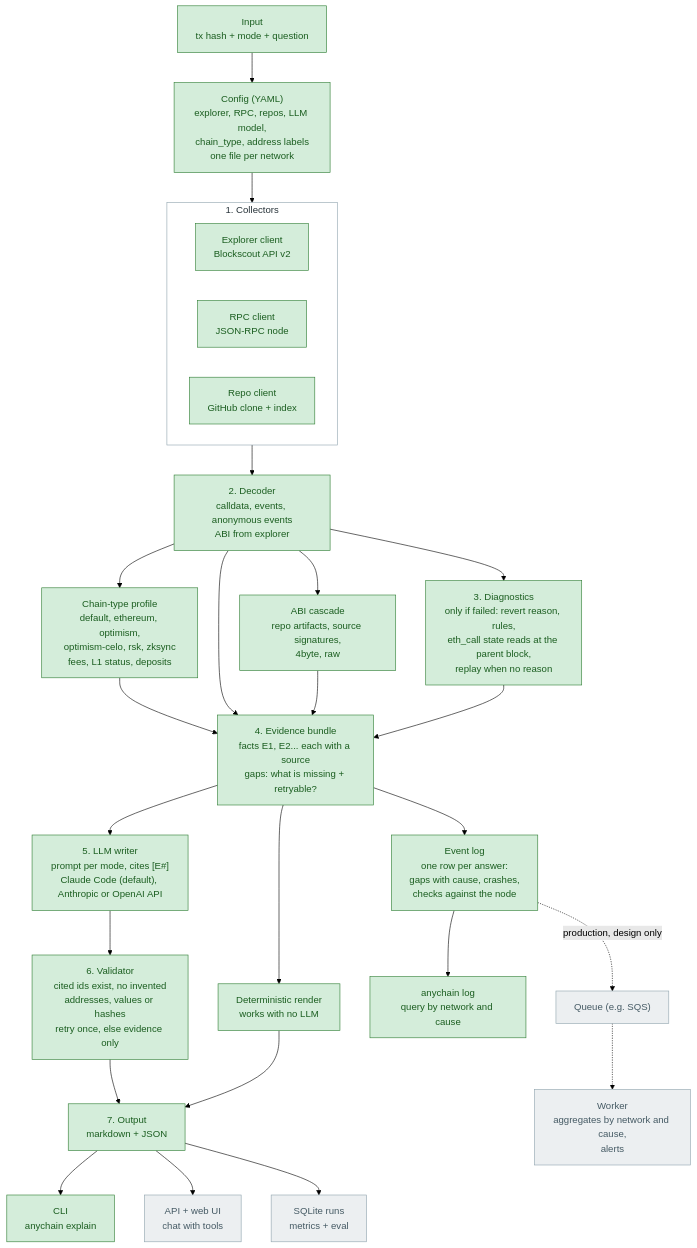
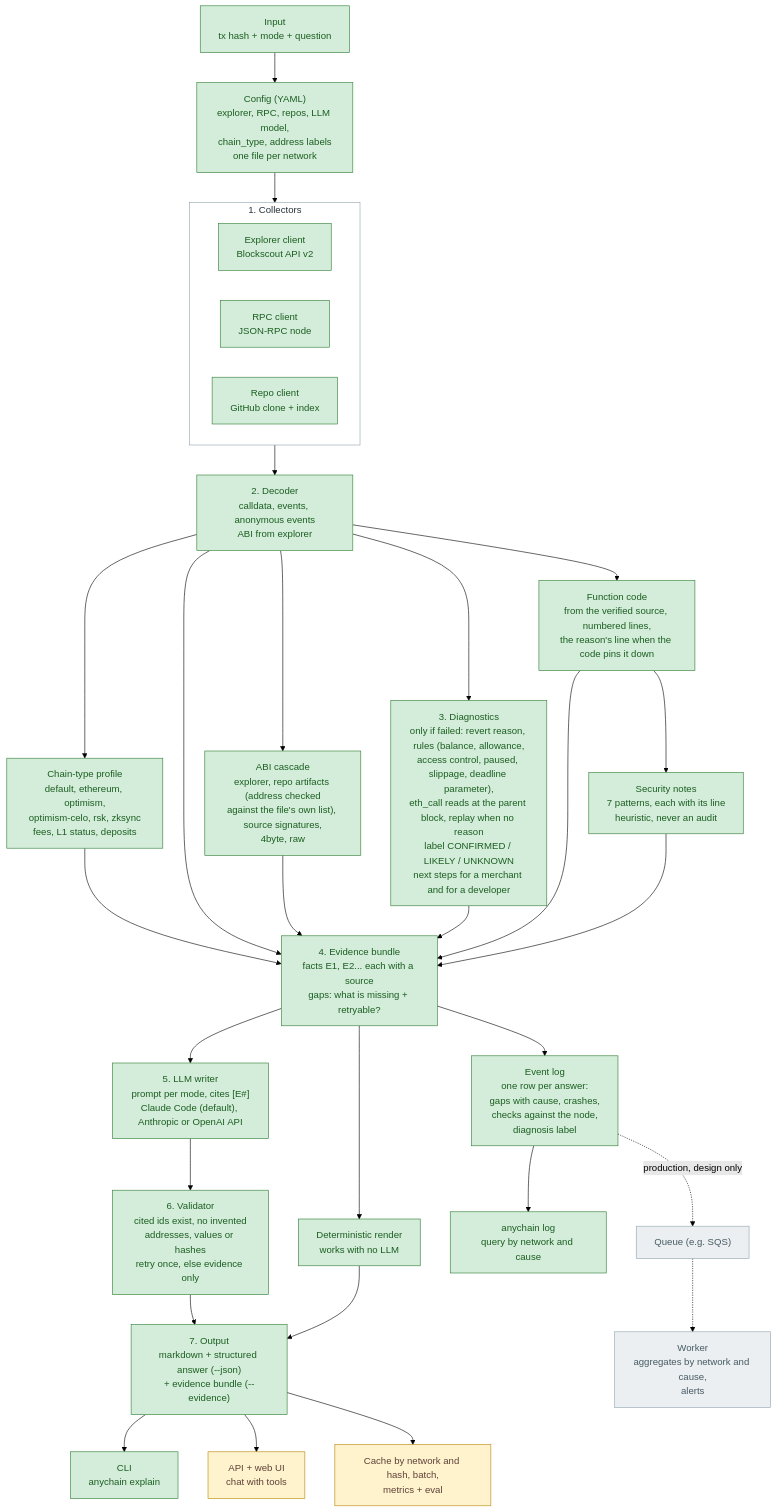
One commit to Ebaoj/anychain changed the first of 5 diagrams in docs/ARCHITECTURE.md. Above: the diagram before and after it, drawn with Mermaid (forest theme). The commit also changed other lines of this file and 3 other files, not shown here.

Commit message:
PHASE2_5 T7: architecture docs, Phase 3 spec built on Phase 2.5, spec closed

````diff
--- a/docs/ARCHITECTURE.md
+++ b/docs/ARCHITECTURE.md
@@ -20,45 +20,50 @@
 ```mermaid
 flowchart TD
     IN["Input<br/>tx hash + mode + question"] --> CFG
 
     CFG["Config (YAML)<br/>explorer, RPC, repos, LLM model,<br/>chain_type, address labels<br/>one file per network"]
 
     CFG --> COL
     subgraph COL["1. Collectors"]
         EXP["Explorer client<br/>Blockscout API v2"]
         RPC["RPC client<br/>JSON-RPC node"]
         REPO["Repo client<br/>GitHub clone + index"]
     end
 
     COL --> DEC["2. Decoder<br/>calldata, events, anonymous events<br/>ABI from explorer"]
     DEC --> PRO["Chain-type profile<br/>default, ethereum, optimism,<br/>optimism-celo, rsk, zksync<br/>fees, L1 status, deposits"]
     PRO --> BUN
-    DEC --> CAS["ABI cascade<br/>repo artifacts, source signatures,<br/>4byte, raw"]
-    DEC --> DIAG["3. Diagnostics<br/>only if failed: revert reason, rules,<br/>eth_call state reads at the parent block,<br/>replay when no reason"]
+    DEC --> CAS["ABI cascade<br/>explorer, repo artifacts (address checked<br/>against the file's own list), source signatures,<br/>4byte, raw"]
+    DEC --> DIAG["3. Diagnostics<br/>only if failed: revert reason, rules (balance, allowance,<br/>access control, paused, slippage, deadline parameter),<br/>eth_call reads at the parent block, replay when no reason<br/>label CONFIRMED / LIKELY / UNKNOWN<br/>next steps for a merchant and for a developer"]
+    DEC --> CODE["Function code<br/>from the verified source, numbered lines,<br/>the reason's line when the code pins it down"]
+    CODE --> SEC["Security notes<br/>7 patterns, each with its line<br/>heuristic, never an audit"]
     DEC --> BUN
     CAS --> BUN
     DIAG --> BUN
+    CODE --> BUN
+    SEC --> BUN
 
     BUN["4. Evidence bundle<br/>facts E1, E2... each with a source<br/>gaps: what is missing + retryable?"]
     BUN --> WRI["5. LLM writer<br/>prompt per mode, cites [E#]<br/>Claude Code (default), Anthropic or OpenAI API"]
     BUN --> REN["Deterministic render<br/>works with no LLM"]
     WRI --> VAL["6. Validator<br/>cited ids exist, no invented<br/>addresses, values or hashes<br/>retry once, else evidence only"]
     VAL --> OUT
     REN --> OUT
 
-    OUT["7. Output<br/>markdown + JSON"] --> CLI["CLI<br/>anychain explain"]
+    OUT["7. Output<br/>markdown + structured answer (--json)<br/>+ evidence bundle (--evidence)"] --> CLI["CLI<br/>anychain explain"]
     OUT --> API["API + web UI<br/>chat with tools"]
-    OUT --> DB["SQLite runs<br/>metrics + eval"]
-    BUN --> LOG["Event log<br/>one row per answer:<br/>gaps with cause, crashes,<br/>checks against the node"]
+    OUT --> DB["Cache by network and hash, batch,<br/>metrics + eval"]
+    BUN --> LOG["Event log<br/>one row per answer:<br/>gaps with cause, crashes,<br/>checks against the node,<br/>diagnosis label"]
     LOG --> QRY["anychain log<br/>query by network and cause"]
     LOG -.production, design only.-> FILA["Queue (e.g. SQS)"]
     FILA -.-> WRK["Worker<br/>aggregates by network and cause,<br/>alerts"]
 
     classDef done fill:#d4edda,stroke:#2e7d32,color:#1b5e20
     classDef next fill:#fff3cd,stroke:#b8860b,color:#5d4037
     classDef later fill:#eceff1,stroke:#90a4ae,color:#455a64
 
-    class IN,CFG,EXP,RPC,DEC,PRO,BUN,WRI,REN,OUT,CLI,LOG,QRY,VAL,DIAG,REPO,CAS done
-    class API,DB,FILA,WRK later
+    class IN,CFG,EXP,RPC,DEC,PRO,BUN,WRI,REN,OUT,CLI,LOG,QRY,VAL,DIAG,REPO,CAS,CODE,SEC done
+    class API,DB next
+    class FILA,WRK later
     style COL fill:#ffffff,stroke:#90a4ae,color:#263238
 ```
````
